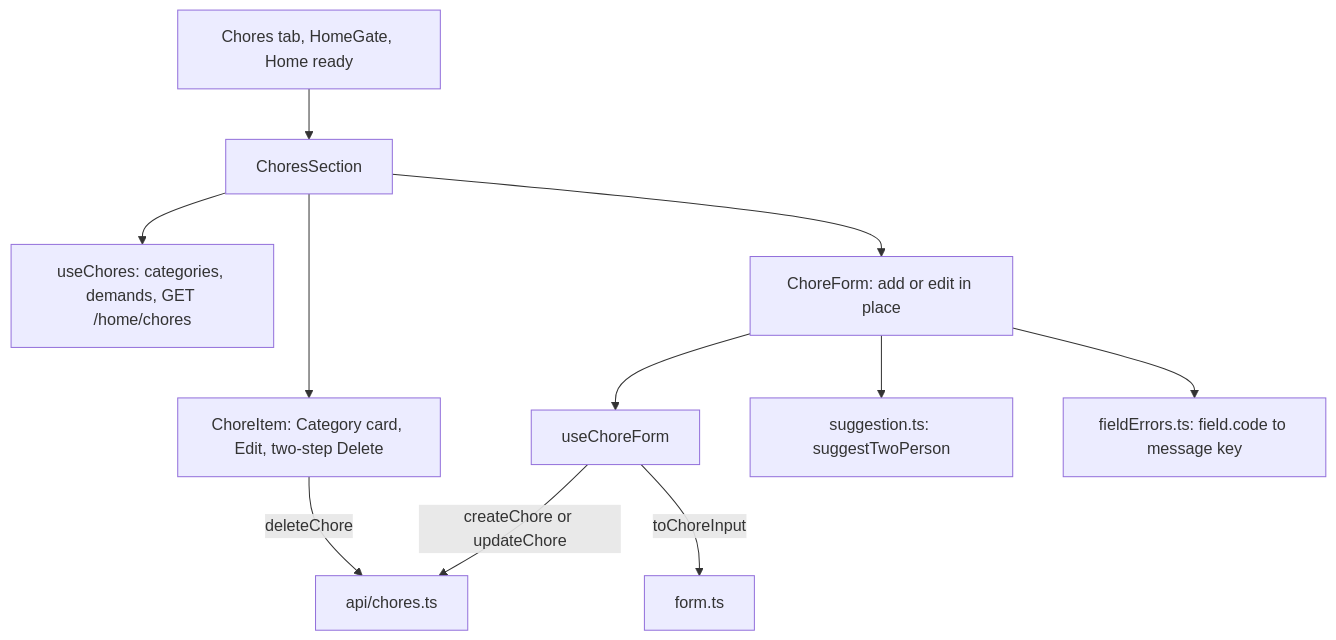
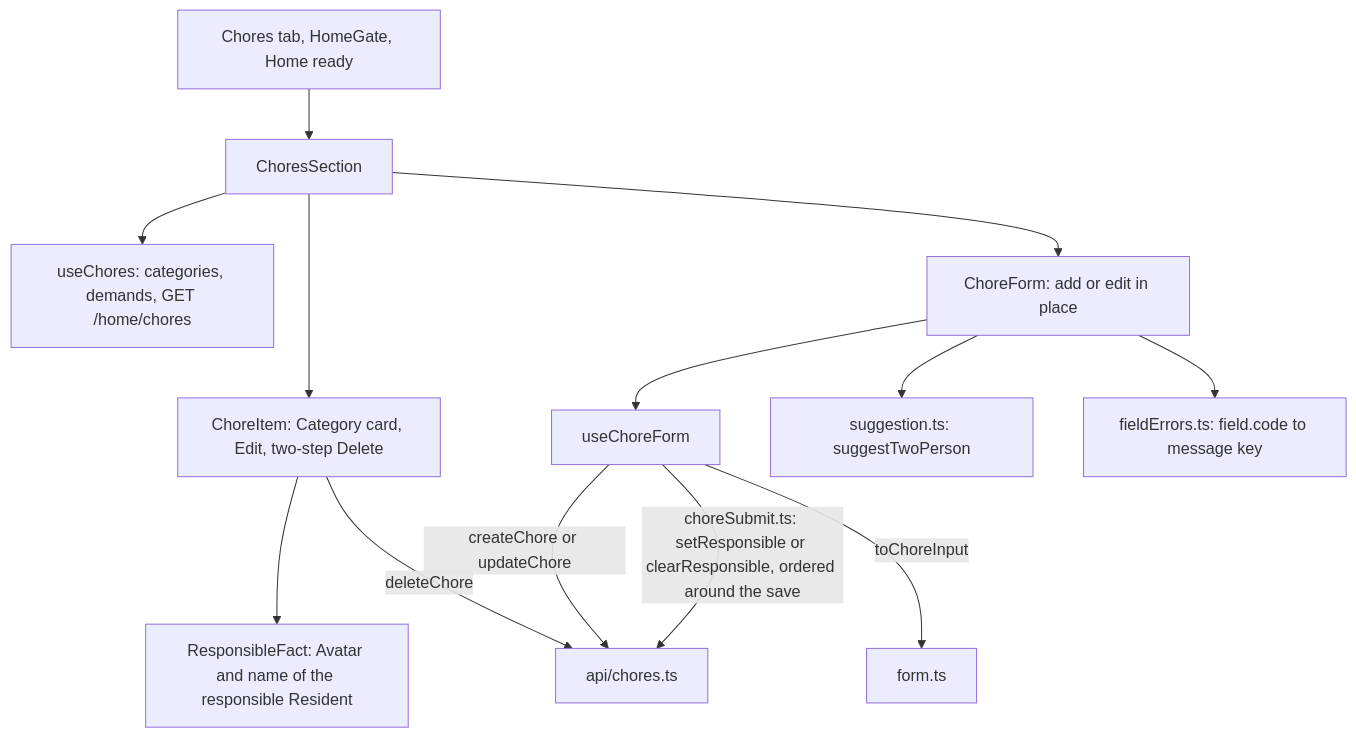
One commit to AbnerWillclefy/Homeowner changed the eighth of 13 diagrams in docs/architecture/web.md. Above: the diagram before and after it, drawn with Mermaid. The commit also changed other lines of this file and 3 other files, not shown here.

Commit message:
docs(architecture): describe responsible residents as built

````diff
--- a/docs/architecture/web.md
+++ b/docs/architecture/web.md
@@ -500,13 +500,15 @@
 ```mermaid
 flowchart TD
     HS[Chores tab, HomeGate, Home ready] --> CS[ChoresSection]
     CS --> UC[useChores: categories, demands, GET /home/chores]
     CS --> ITEM[ChoreItem: Category card, Edit, two-step Delete]
+    ITEM --> RF[ResponsibleFact: Avatar and name of the responsible Resident]
     CS --> FORM[ChoreForm: add or edit in place]
     ITEM -->|deleteChore| API[api/chores.ts]
     FORM --> UF[useChoreForm]
     UF -->|toChoreInput| MAP[form.ts]
     UF -->|createChore or updateChore| API
+    UF -->|choreSubmit.ts: setResponsible or clearResponsible, ordered around the save| API
     FORM --> SUG[suggestion.ts: suggestTwoPerson]
     FORM --> FE[fieldErrors.ts: field.code to message key]
 ```
````
